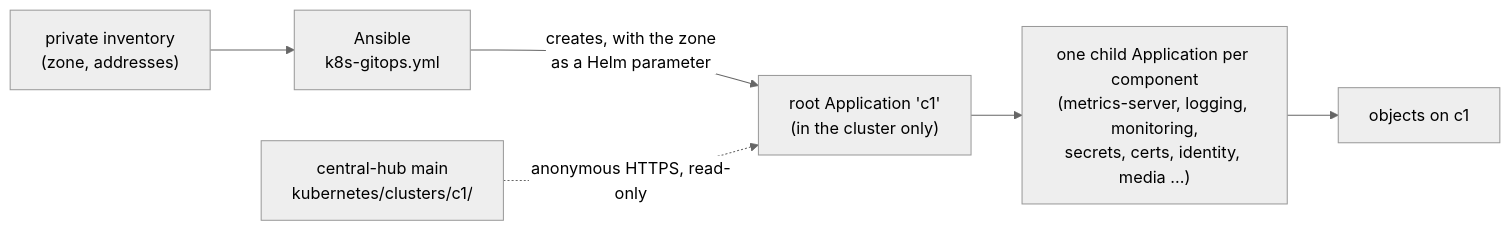
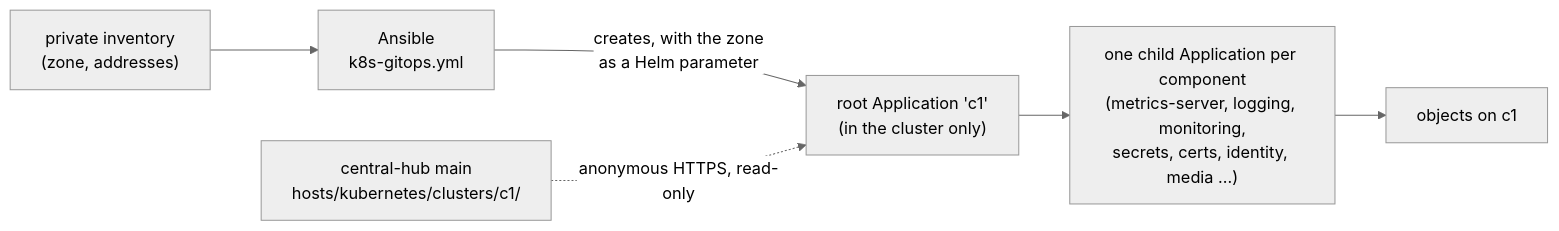
One commit to jonhill90/central-hub changed the diagram in docs/specs/2026-11-c1-apps-under-argo-cd.md. Above: the diagram before and after it, drawn with Mermaid (neutral theme). The commit also changed other lines of this file and 83 other files, not shown here.

First line of the commit message:
feat: run c1's add-ons and Jellyfin from Argo CD, with kubernetes/ moved under hosts/ (#64)

````diff
--- a/docs/specs/2026-11-c1-apps-under-argo-cd.md
+++ b/docs/specs/2026-11-c1-apps-under-argo-cd.md
@@ -29,8 +29,8 @@
 ```mermaid
 flowchart LR
   inv["private inventory<br/>(zone, addresses)"] --> ansible["Ansible<br/>k8s-gitops.yml"]
   ansible -- "creates, with the zone<br/>as a Helm parameter" --> root["root Application 'c1'<br/>(in the cluster only)"]
-  repo["central-hub main<br/>kubernetes/clusters/c1/"] -. "anonymous HTTPS, read-only" .-> root
+  repo["central-hub main<br/>hosts/kubernetes/clusters/c1/"] -. "anonymous HTTPS, read-only" .-> root
   root --> apps["one child Application per component<br/>(metrics-server, logging, monitoring,<br/>secrets, certs, identity, media ...)"]
   apps --> c1["objects on c1"]
 ```
````
